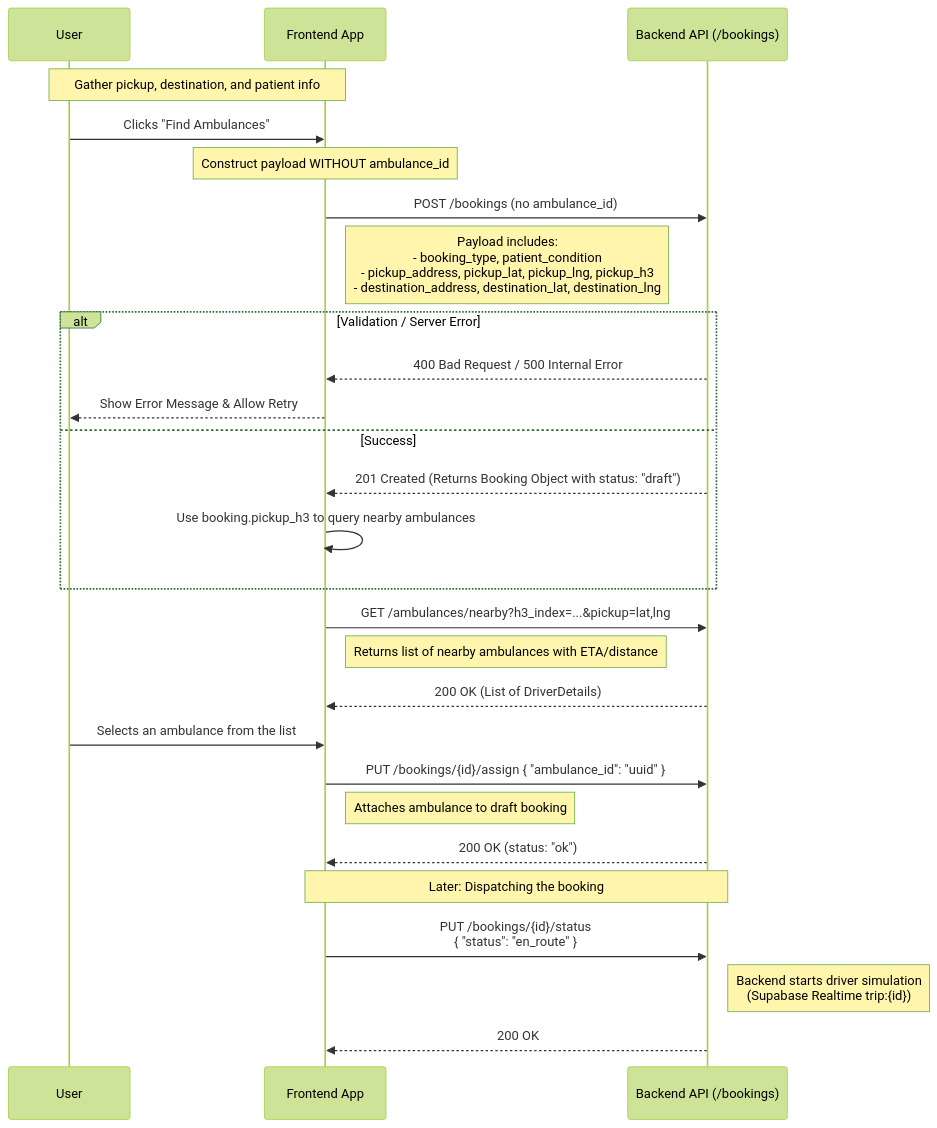
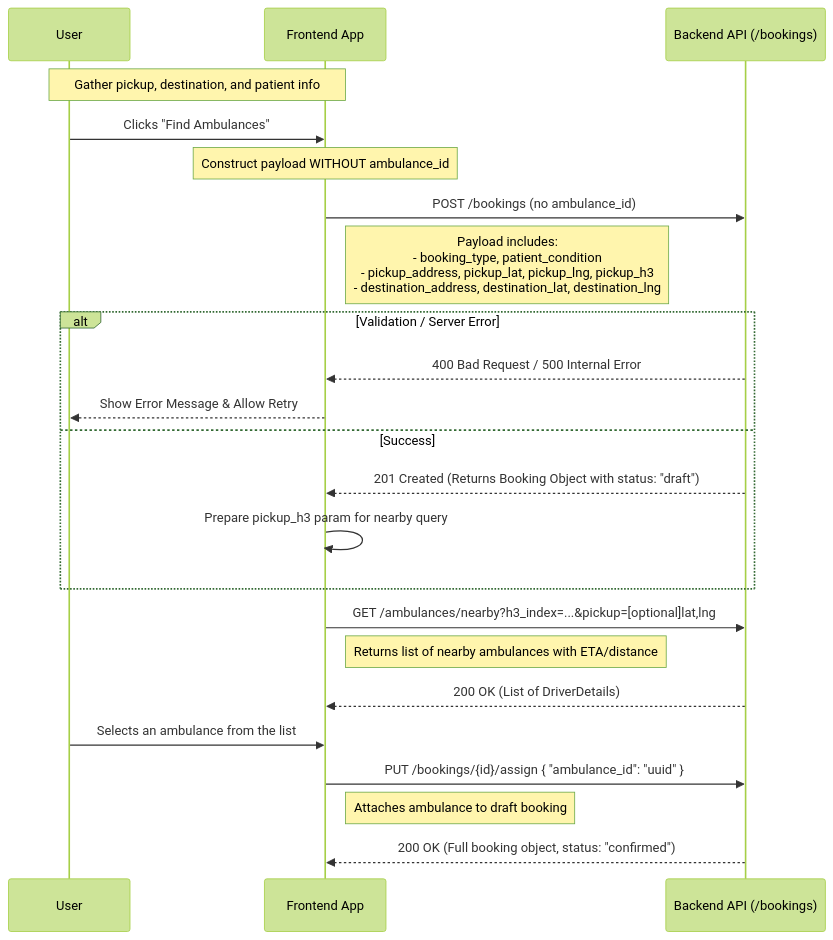
Before and after one commit to 101-toyota-team/resqlink-be: the second of 2 diagrams in docs/FRONTEND_BOOKING_FLOW.md, drawn with Mermaid (forest theme). The commit also changed other lines of this file, not shown here.

Commit message:
docs: update frontend booking flow documentation and diagrams

````diff
--- a/docs/FRONTEND_BOOKING_FLOW.md
+++ b/docs/FRONTEND_BOOKING_FLOW.md
@@ -32,36 +36,31 @@
 ```mermaid
 sequenceDiagram
     participant U as User
     participant F as Frontend App
     participant B as Backend API (/bookings)
     
     Note over U, F: Gather pickup, destination, and patient info
     
     U->>F: Clicks "Find Ambulances"
     Note over F: Construct payload WITHOUT ambulance_id
     
     F->>B: POST /bookings (no ambulance_id)
     Note right of F: Payload includes:<br/>- booking_type, patient_condition<br/>- pickup_address, pickup_lat, pickup_lng, pickup_h3<br/>- destination_address, destination_lat, destination_lng
     
     alt Validation / Server Error
         B-->>F: 400 Bad Request / 500 Internal Error
         F-->>U: Show Error Message & Allow Retry
     else Success
         B-->>F: 201 Created (Returns Booking Object with status: "draft")
-        F->>F: Use booking.pickup_h3 to query nearby ambulances
+        F->>F: Prepare pickup_h3 param for nearby query
     end
     
-    F->>B: GET /ambulances/nearby?h3_index=...&pickup=lat,lng
+    F->>B: GET /ambulances/nearby?h3_index=...&pickup=[optional]lat,lng
     Note right of F: Returns list of nearby ambulances with ETA/distance
     B-->>F: 200 OK (List of DriverDetails)
     
     U->>F: Selects an ambulance from the list
     F->>B: PUT /bookings/{id}/assign { "ambulance_id": "uuid" }
     Note right of F: Attaches ambulance to draft booking
-    B-->>F: 200 OK (status: "ok")
-    
-    Note over F, B: Later: Dispatching the booking
-    F->>B: PUT /bookings/{id}/status <br/>{ "status": "en_route" }
-    Note right of B: Backend starts driver simulation<br/>(Supabase Realtime trip:{id})
-    B-->>F: 200 OK
+    B-->>F: 200 OK (Full booking object, status: "confirmed")
 ```
````
